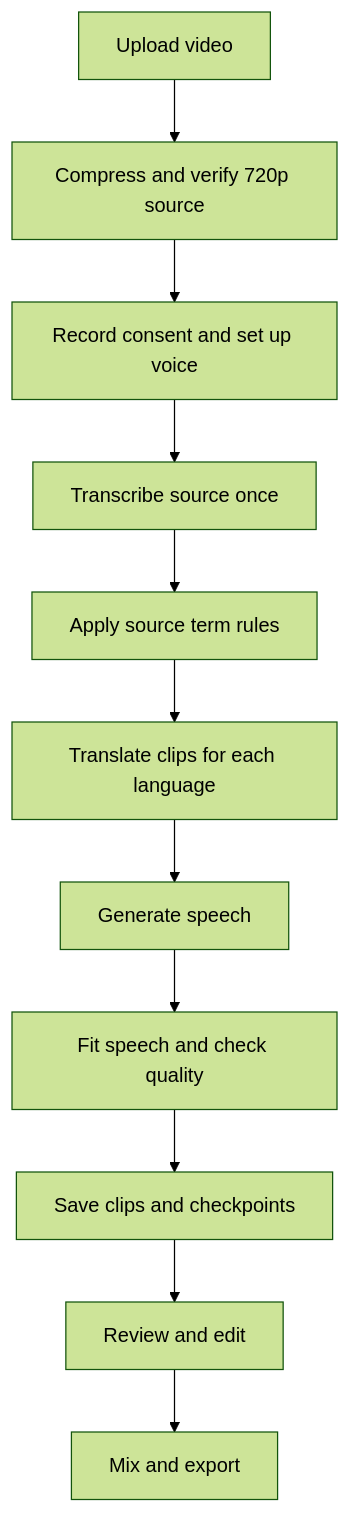
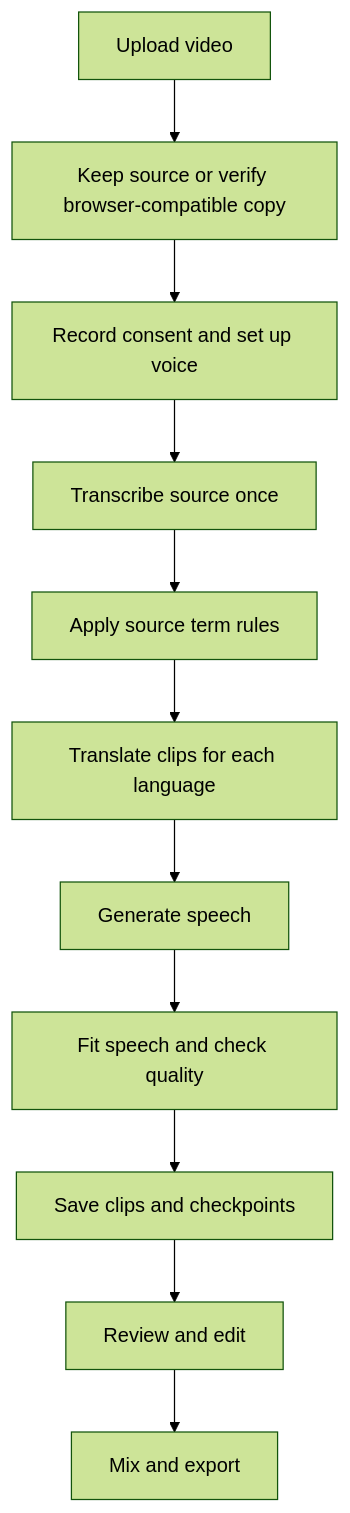
One commit to Aarti-panchal01/anek changed the first of 5 diagrams in README.md. Above: the diagram before and after it, drawn with Mermaid (forest theme). The commit also changed other lines of this file and 6 other files, not shown here.

Commit message:
Stop re-encoding video on upload and export

````diff
--- a/README.md
+++ b/README.md
@@ -61,13 +61,13 @@
 ```mermaid
 flowchart TD
-    A[Upload video] --> B[Compress and verify 720p source]
+    A[Upload video] --> B[Keep source or verify browser-compatible copy]
     B --> C[Record consent and set up voice]
     C --> D[Transcribe source once]
     D --> E[Apply source term rules]
     E --> F[Translate clips for each language]
     F --> G[Generate speech]
     G --> H[Fit speech and check quality]
     H --> I[Save clips and checkpoints]
     I --> J[Review and edit]
     J --> K[Mix and export]
 ```
````
